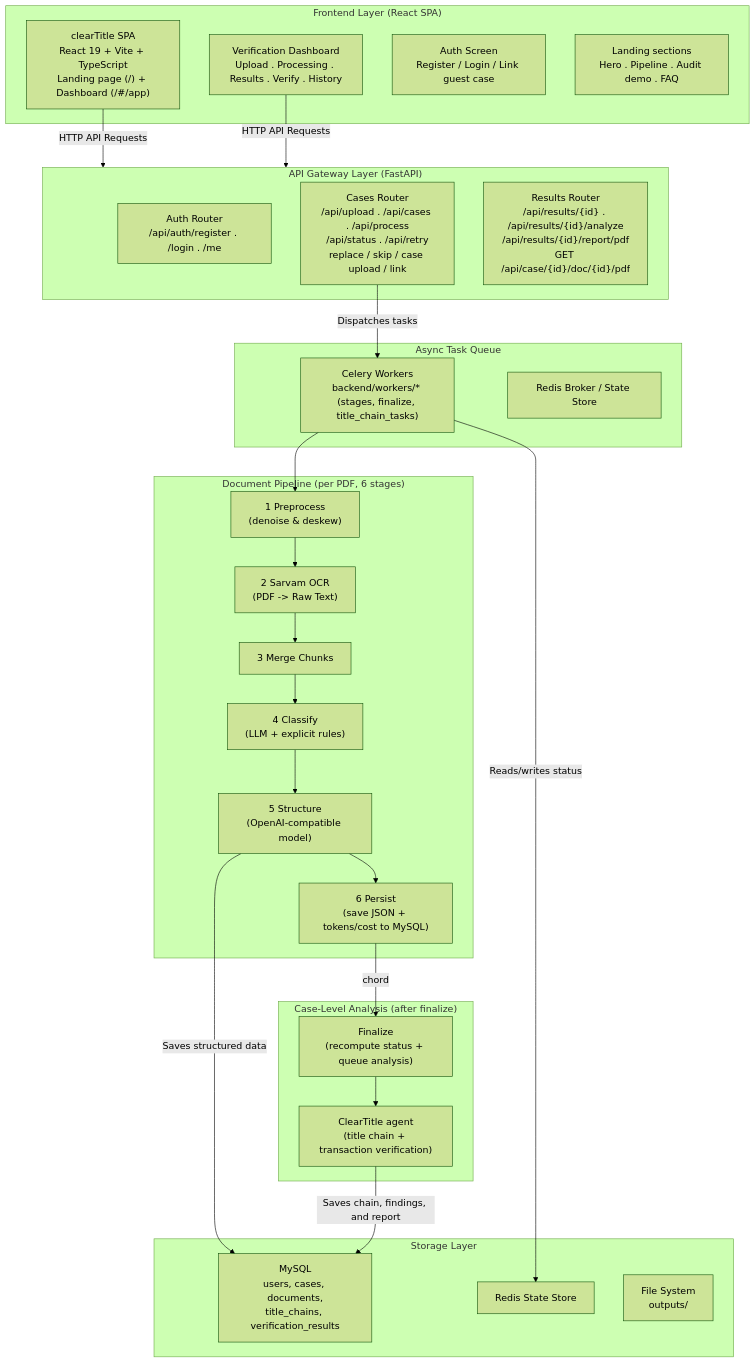
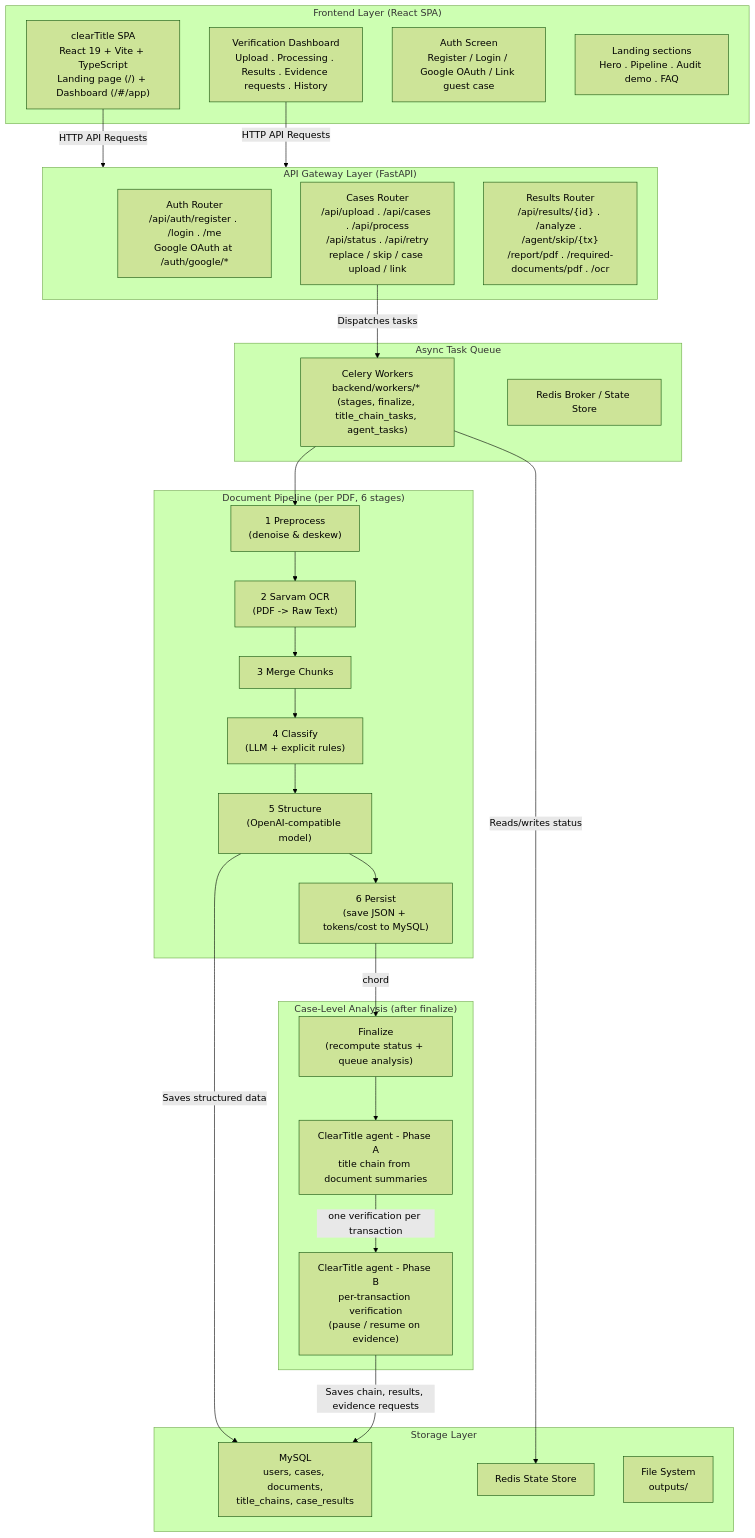
The diagram in README.md (MyMane24/clearTitle), drawn with Mermaid (forest theme) before and after one commit. The commit also changed other lines of this file, not shown here.

First line of the commit message:
docs(readme): rewrite for the v3.0 agent architecture

````diff
--- a/README.md
+++ b/README.md
@@ -9,50 +20,52 @@
 ```mermaid
 flowchart TD
     subgraph Frontend["Frontend Layer (React SPA)"]
         UI["clearTitle SPA\nReact 19 + Vite + TypeScript\nLanding page (/) + Dashboard (/#/app)"]
-        DASH["Verification Dashboard\nUpload . Processing . Results . Verify . History"]
-        AUTH["Auth Screen\nRegister / Login / Link guest case"]
+        DASH["Verification Dashboard\nUpload . Processing . Results . Evidence requests . History"]
+        AUTH["Auth Screen\nRegister / Login / Google OAuth / Link guest case"]
         HOME["Landing sections\nHero . Pipeline . Audit demo . FAQ"]
     end
 
     subgraph API["API Gateway Layer (FastAPI)"]
-        R_AUTH["Auth Router\n/api/auth/register . /login . /me"]
+        R_AUTH["Auth Router\n/api/auth/register . /login . /me\nGoogle OAuth at /auth/google/*"]
         R_CASES["Cases Router\n/api/upload . /api/cases . /api/process\n/api/status . /api/retry\nreplace / skip / case upload / link"]
-        R_RESULTS["Results Router\n/api/results/{id} . /api/results/{id}/analyze\n/api/results/{id}/report/pdf\nGET /api/case/{id}/doc/{id}/pdf"]
+        R_RESULTS["Results Router\n/api/results/{id} . /analyze . /agent/skip/{tx}\n/report/pdf . /required-documents/pdf . /ocr"]
     end
 
     subgraph Orchestration["Async Task Queue"]
-        CELERY["Celery Workers\nbackend/workers/* (stages, finalize, title_chain_tasks)"]
+        CELERY["Celery Workers\nbackend/workers/* (stages, finalize, title_chain_tasks, agent_tasks)"]
         REDIS_BROKER["Redis Broker / State Store"]
     end
 
     subgraph Pipeline["Document Pipeline (per PDF, 6 stages)"]
         PREPROC["1 Preprocess\n(denoise & deskew)"]
         OCR["2 Sarvam OCR\n(PDF -> Raw Text)"]
         MERGE["3 Merge Chunks"]
         CLASSIFY["4 Classify\n(LLM + explicit rules)"]
         STRUCTURE["5 Structure\n(OpenAI-compatible model)"]
         PERSIST["6 Persist\n(save JSON + tokens/cost to MySQL)"]
     end
 
     subgraph Analysis["Case-Level Analysis (after finalize)"]
         FINALIZE["Finalize\n(recompute status + queue analysis)"]
-        AGENT["ClearTitle agent\n(title chain + transaction verification)"]
+        PHASE_A["ClearTitle agent - Phase A\ntitle chain from document summaries"]
+        PHASE_B["ClearTitle agent - Phase B\nper-transaction verification\n(pause / resume on evidence)"]
     end
 
     subgraph Storage["Storage Layer"]
-        MYSQL["MySQL\nusers, cases, documents,\ntitle_chains, verification_results"]
+        MYSQL["MySQL\nusers, cases, documents,\ntitle_chains, case_results"]
         REDIS["Redis State Store"]
         FS["File System\noutputs/"]
     end
 
     UI -->|"HTTP API Requests"| API
     DASH -->|"HTTP API Requests"| API
     R_CASES -->|"Dispatches tasks"| CELERY
     CELERY -->|"Reads/writes status"| REDIS
     CELERY --> PREPROC --> OCR --> MERGE --> CLASSIFY --> STRUCTURE --> PERSIST
     PERSIST -->|"chord"| FINALIZE
-    FINALIZE --> AGENT
+    FINALIZE --> PHASE_A
+    PHASE_A -->|"one verification per transaction"| PHASE_B
     STRUCTURE -->|"Saves structured data"| MYSQL
-    AGENT -->|"Saves chain, findings, and report"| MYSQL
+    PHASE_B -->|"Saves chain, results, evidence requests"| MYSQL
 ```
````
